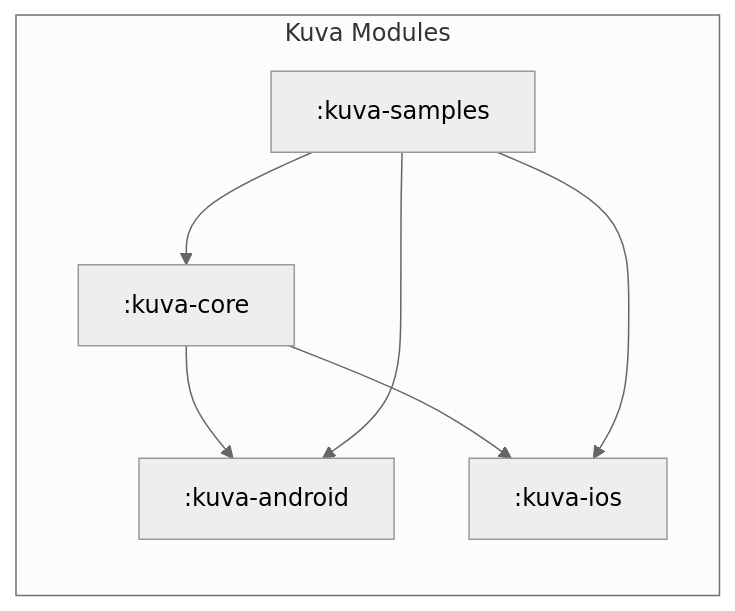
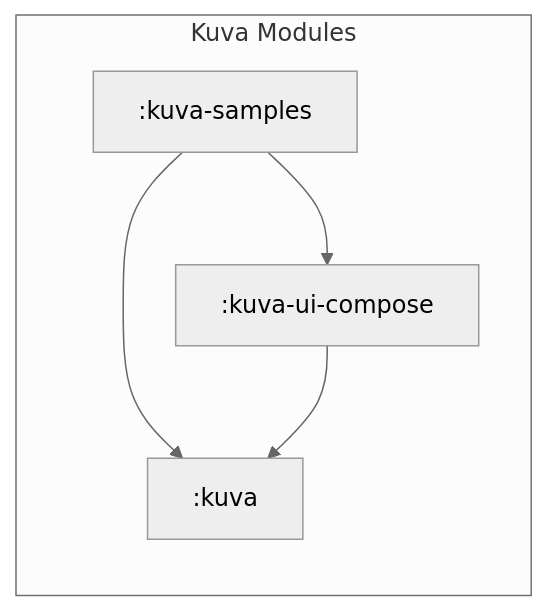
Before and after one commit to nathanmkaya/Kuva: the second of 10 diagrams in ARCHITECTURE.md, drawn with Mermaid (neutral theme). The commit also changed other lines of this file and 1 other file, not shown here.

First line of the commit message:
docs: align all documentation with single-module architecture

````diff
--- a/ARCHITECTURE.md
+++ b/ARCHITECTURE.md
@@ -50,14 +50,11 @@
 ```mermaid
 graph LR
   subgraph Kuva Modules
-    core[:kuva-core]
-    and[:kuva-android]
-    ios[:kuva-ios]
+    kuva[:kuva]
+    ui[:kuva-ui-compose]
     samples[:kuva-samples]
   end
-  core --> and
-  core --> ios
-  samples --> core
-  samples --> and
-  samples --> ios
+  samples --> kuva
+  samples --> ui
+  ui --> kuva
 ```
````
